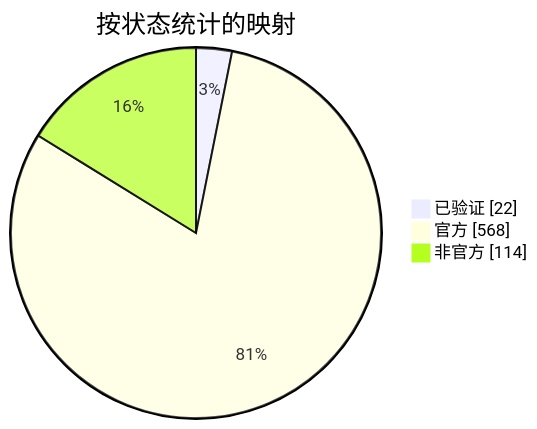
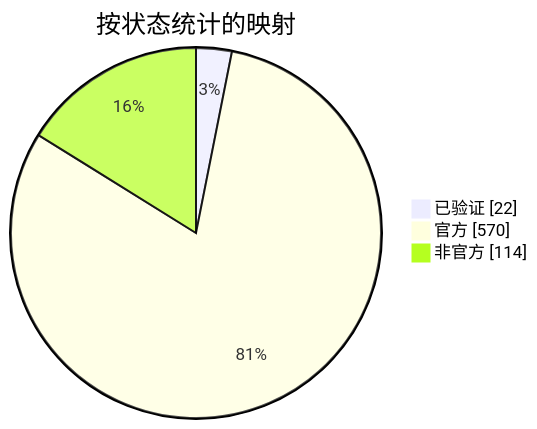
Before and after one commit to nobrega8/mbmap-library: the diagram in docs/readme/README_ZHS.md, drawn with Mermaid. The commit also changed 7 other files, not shown here.

````diff
--- a/docs/readme/README_ZHS.md
+++ b/docs/readme/README_ZHS.md
@@ -54,7 +54,7 @@
 ```mermaid
 pie showData
     title 按状态统计的映射
     "已验证" : 22
-    "官方" : 568
+    "官方" : 570
     "非官方" : 114
 ```
````
